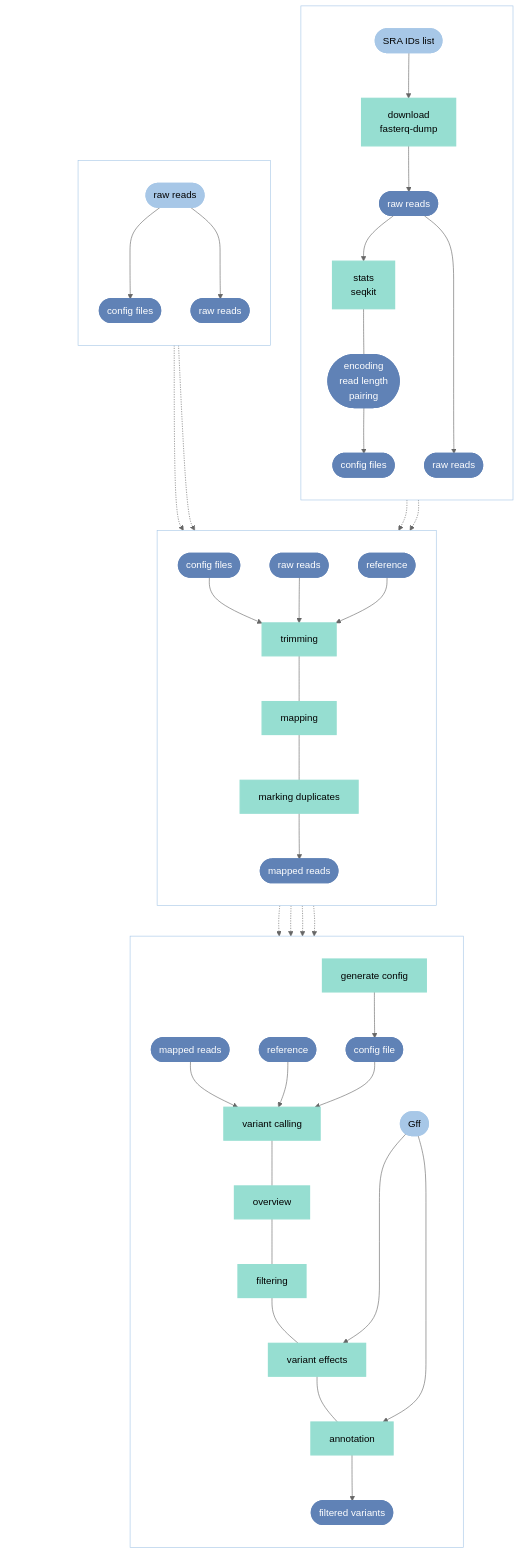
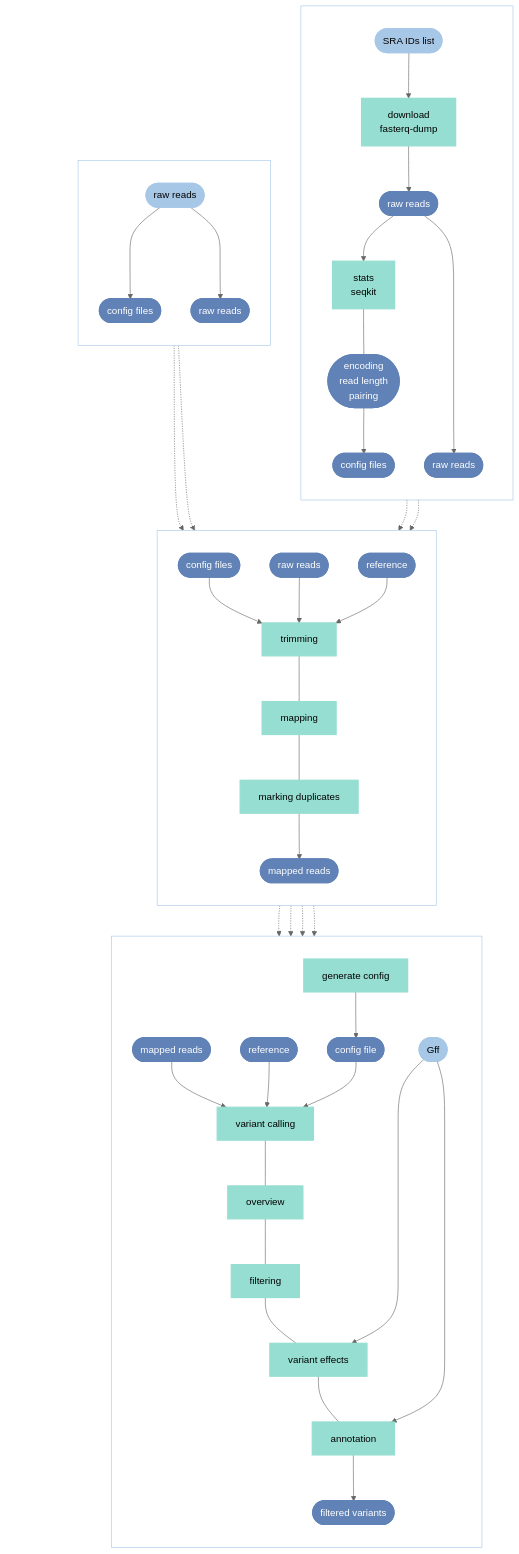
One commit to aniafijarczyk/read-map-call changed the diagram in README_overview.md. Above: the diagram before and after it, drawn with Mermaid (neutral theme).

````diff
--- a/README_overview.md
+++ b/README_overview.md
@@ -4,67 +4,67 @@
 ```mermaid
 graph TB;
 
     classDef Output fill:#6082B6,stroke:#6082B6,stroke-width:2px,color:#fff;
     classDef Input fill:#A7C7E7,stroke:#A7C7E7,stroke-width:2px;
     classDef Process fill:#96DED1,stroke:#96DED1,stroke-width:2px;
 
     subgraph download
         direction TB;
         A([SRA IDs list]):::Input --> A2["download\nfasterq-dump"]:::Process;
         A2 --> B(["raw reads"]):::Output;
         B --> D["stats\nseqkit"];
         D:::Process --- E(["encoding\nread length\npairing"]);
         E:::Output --> G(["config files"]):::Output;
         B ----> B2(["raw reads"]):::Output;
     end
 
     subgraph genconf
         direction TB;
         C(["raw reads"]):::Input ---> I(["config files"]):::Output;
         C ---> C2(["raw reads"]):::Output
     end
 
     subgraph mapping
         direction TB;
         H(["config files"]):::Output --> J[trimming]:::Process;
         H2(["raw reads"]):::Output --> J[trimming]:::Process;
         H3(["reference"]):::Output --> J[trimming]:::Process;
         J --- K[mapping]:::Process;
         K --- L[marking duplicates]:::Process;
         L --> M(["mapped reads"]):::Output;
     end
 
     subgraph snps
         direction TB;
         CN["generate config"]:::Process --> CN2(["config file"]):::Output;
         SI(["mapped reads"]):::Output --> S1["variant calling"]:::Process;
         R(["reference"]):::Output --> S1["variant calling"]:::Process;
         CN2 --> S1;
         S1 --- S2["overview"]:::Process;
         S2 --- S3["filtering"]:::Process;
         S3 --- S4["variant effects"]:::Process;
         S4 --- S5["annotation"]:::Process;
         S5 --> S6(["filtered variants"]):::Output;
-        GFF(["Gff"]):::Input ----> S4;
-        GFF(["Gff"]):::Input -----> S5;
+        GFF(["Gff"]):::Input -----> S4;
+        GFF(["Gff"]):::Input ------> S5;
     end
     
     subgraph main
         direction TB;
         G -.-> H;
         I -.-> H;
         B2 -.-> H2;
         C2 -.-> H2;
         M -.-> SI;
         M -.-> CN;
         H3 -.-> R;
         H3 -.-> CN;
     end
     
     classDef subg fill:#fff,color:#fff,stroke:#A7C7E7
     class download,genconf,mapping,snps subg
 	
     classDef maing fill:#fff,color:#fff,stroke:#fff
     class main maing
 
 ```
````
